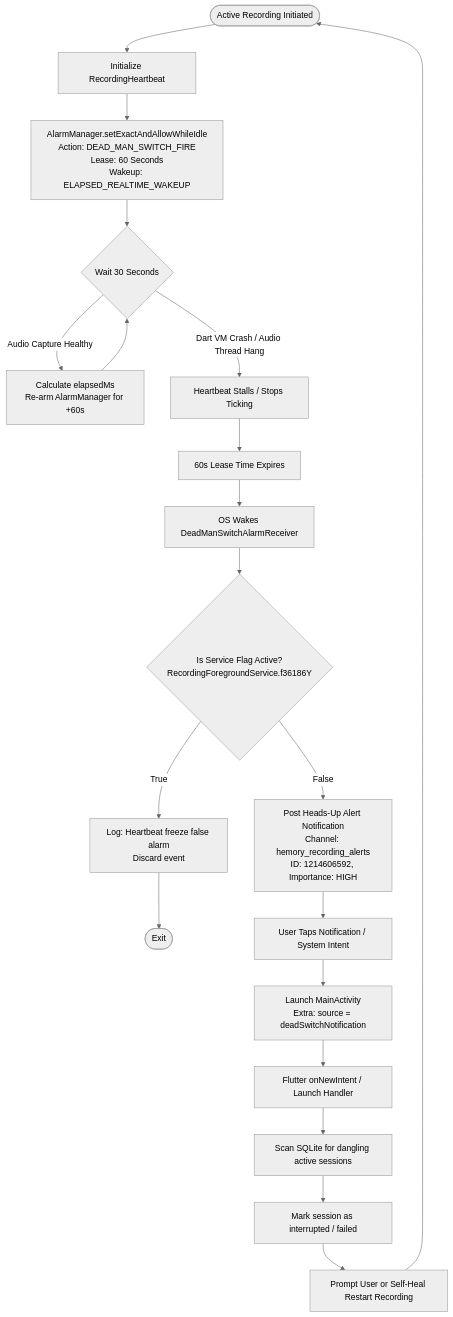
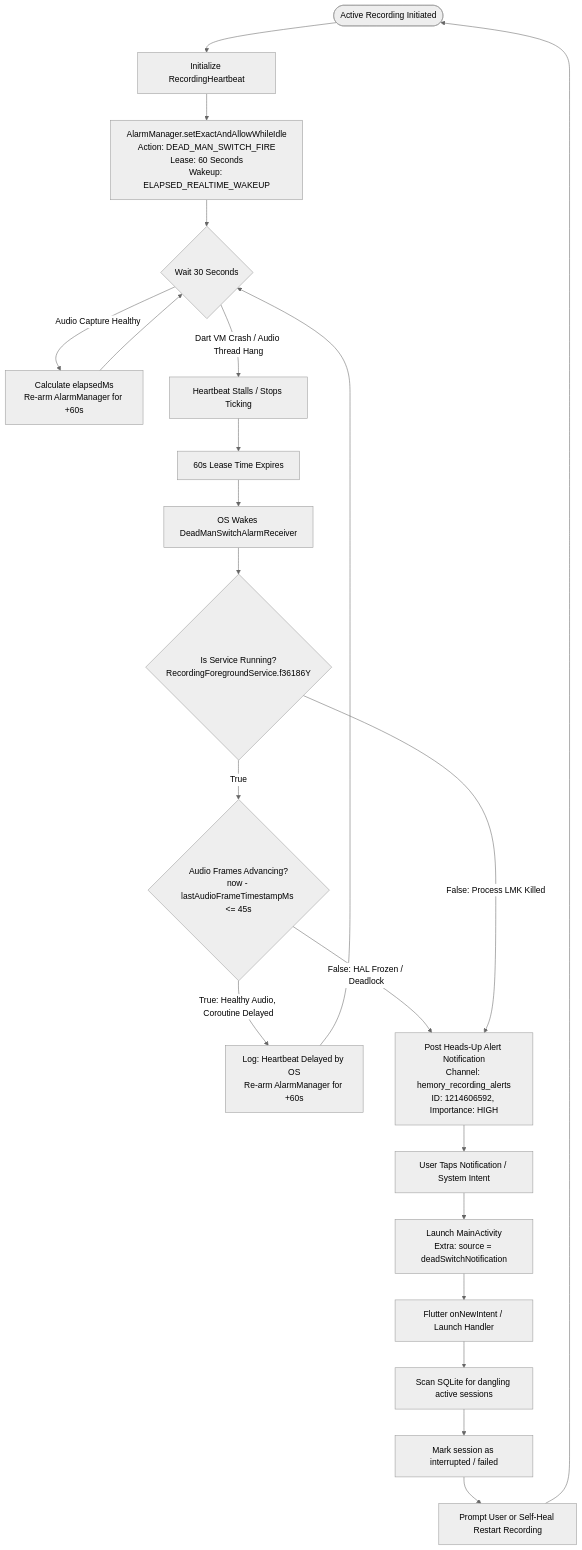
One commit to CheemsaDoge/Echoes changed the second of 8 diagrams in docs/HEMORY_SYSTEM_SPECIFICATION.md. Above: the diagram before and after it, drawn with Mermaid (neutral theme). The commit also changed other lines of this file, not shown here.

````diff
--- a/docs/HEMORY_SYSTEM_SPECIFICATION.md
+++ b/docs/HEMORY_SYSTEM_SPECIFICATION.md
@@ -3353,30 +3432,32 @@
 ```mermaid
 flowchart TD
     Start([Active Recording Initiated]) --> InitHeartbeat[Initialize RecordingHeartbeat]
     InitHeartbeat --> ArmAlarm[AlarmManager.setExactAndAllowWhileIdle<br>Action: DEAD_MAN_SWITCH_FIRE<br>Lease: 60 Seconds<br>Wakeup: ELAPSED_REALTIME_WAKEUP]
     
     ArmAlarm --> WaitTick{Wait 30 Seconds}
     
     WaitTick -->|Audio Capture Healthy| RenewLease[Calculate elapsedMs<br>Re-arm AlarmManager for +60s]
     RenewLease --> WaitTick
     
     WaitTick -->|Dart VM Crash / Audio Thread Hang| Stall[Heartbeat Stalls / Stops Ticking]
     Stall --> LeaseExpire[60s Lease Time Expires]
     
     LeaseExpire --> WakeOS[OS Wakes DeadManSwitchAlarmReceiver]
-    WakeOS --> CheckService{Is Service Flag Active?<br>RecordingForegroundService.f36186Y}
+    WakeOS --> CheckService{Is Service Running?<br>RecordingForegroundService.f36186Y}
     
-    CheckService -->|True| FalseAlarm[Log: Heartbeat freeze false alarm<br>Discard event]
-    FalseAlarm --> EndDiscard([Exit])
+    CheckService -->|True| CheckAudioHAL{Audio Frames Advancing?<br>now - lastAudioFrameTimestampMs <= 45s}
+    CheckAudioHAL -->|True: Healthy Audio, Coroutine Delayed| FalseAlarm[Log: Heartbeat Delayed by OS<br>Re-arm AlarmManager for +60s]
+    FalseAlarm --> WaitTick
+    CheckAudioHAL -->|False: HAL Frozen / Deadlock| PostAlert
     
-    CheckService -->|False| PostAlert[Post Heads-Up Alert Notification<br>Channel: hemory_recording_alerts<br>ID: 1214606592, Importance: HIGH]
+    CheckService -->|False: Process LMK Killed| PostAlert[Post Heads-Up Alert Notification<br>Channel: hemory_recording_alerts<br>ID: 1214606592, Importance: HIGH]
     PostAlert --> UserTap[User Taps Notification / System Intent]
     
     UserTap --> LaunchMain[Launch MainActivity<br>Extra: source = deadSwitchNotification]
     LaunchMain --> FlutterHeal[Flutter onNewIntent / Launch Handler]
     
     FlutterHeal --> ScanDB[Scan SQLite for dangling active sessions]
     ScanDB --> MarkFailed[Mark session as interrupted / failed]
     MarkFailed --> RestartService[Prompt User or Self-Heal Restart Recording]
     RestartService --> Start([Active Recording Initiated])
 ```
````
